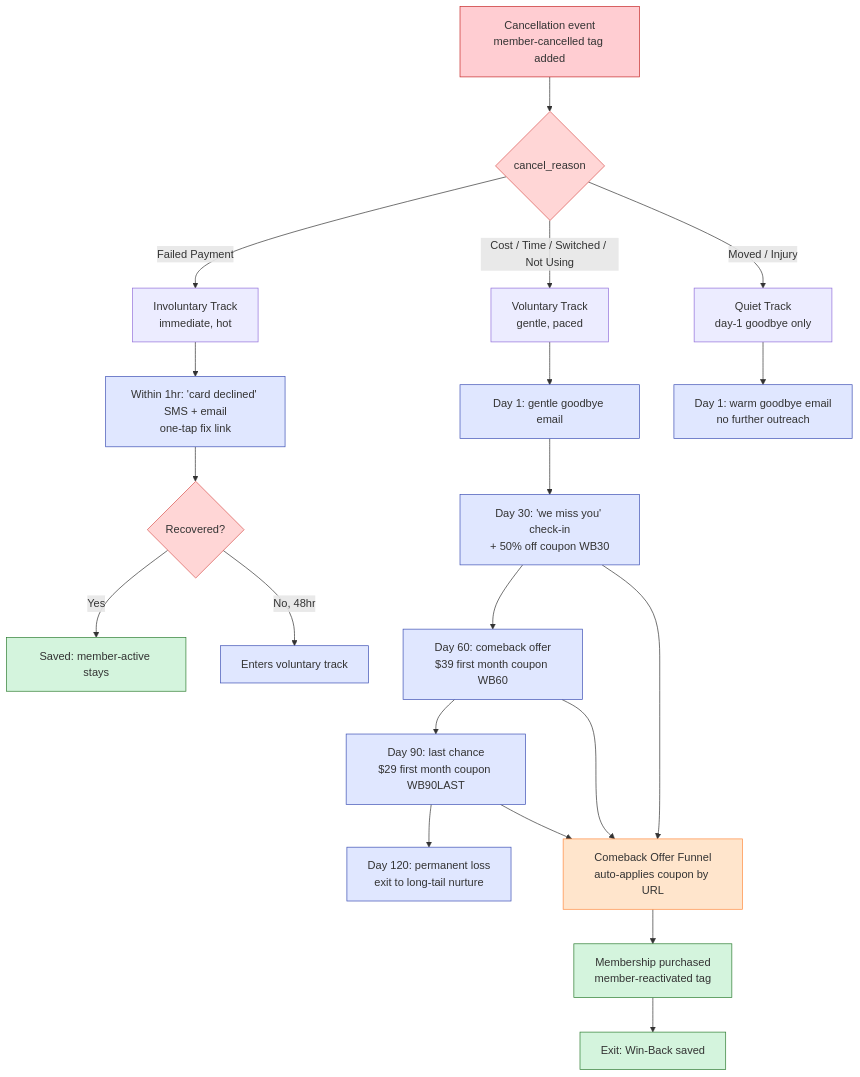
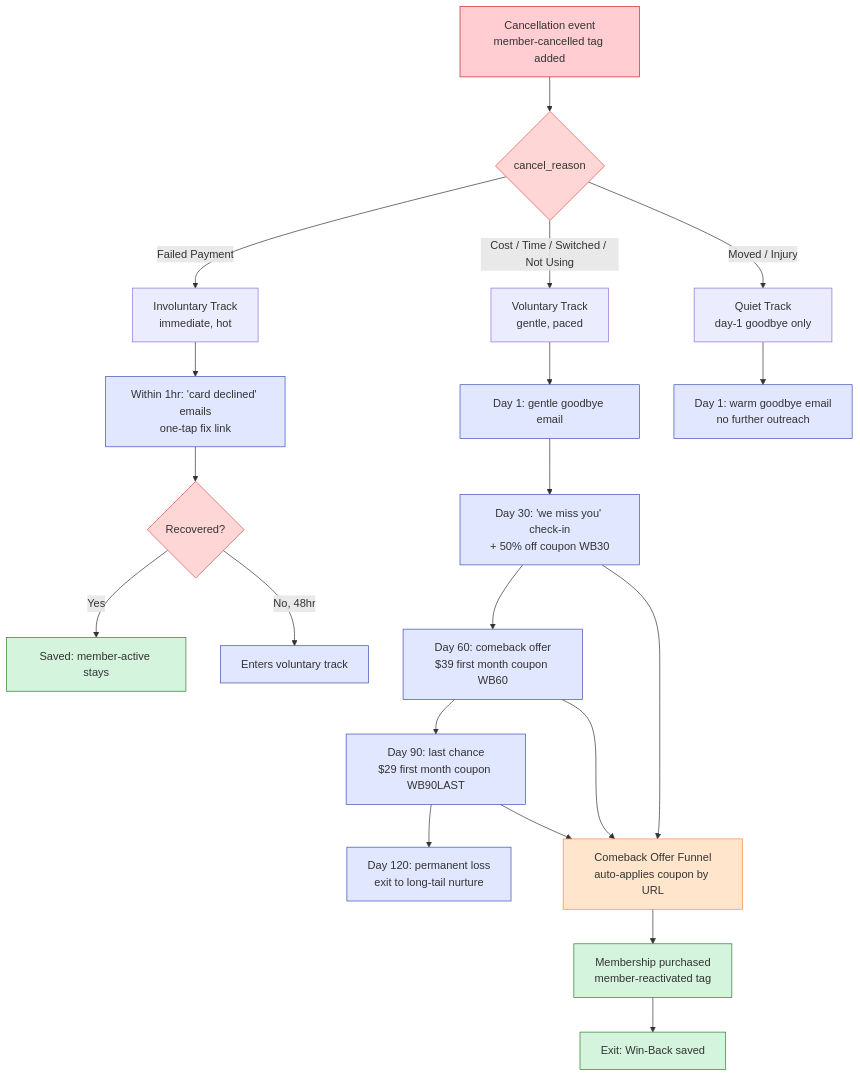
One commit to safeer-maker/GoHighLevel changed the diagram in client-demo/sunrise-wellness-studio/problems/09-win-back-lapsed-members/README.md. Above: the diagram before and after it, drawn with Mermaid. The commit also changed other lines of this file and 50 other files, not shown here.

````diff
--- a/client-demo/sunrise-wellness-studio/problems/09-win-back-lapsed-members/README.md
+++ b/client-demo/sunrise-wellness-studio/problems/09-win-back-lapsed-members/README.md
@@ -39,40 +39,40 @@
 ```mermaid
 graph TD
     Cancel[Cancellation event<br/>member-cancelled tag added] --> Why{cancel_reason}
 
     Why -->|Failed Payment| Inv[Involuntary Track<br/>immediate, hot]
     Why -->|Cost / Time / Switched / Not Using| Vol[Voluntary Track<br/>gentle, paced]
     Why -->|Moved / Injury| Quiet[Quiet Track<br/>day-1 goodbye only]
 
-    Inv --> InvSMS[Within 1hr: 'card declined' SMS + email<br/>one-tap fix link]
+    Inv --> InvSMS[Within 1hr: 'card declined' emails<br/>one-tap fix link]
     InvSMS --> InvRecover{Recovered?}
     InvRecover -->|Yes| InvSave[Saved: member-active stays]
     InvRecover -->|No, 48hr| VolEnter[Enters voluntary track]
 
     Vol --> D1[Day 1: gentle goodbye email]
     D1 --> D30[Day 30: 'we miss you' check-in<br/>+ 50% off coupon WB30]
     D30 --> D60[Day 60: comeback offer<br/>$39 first month coupon WB60]
     D60 --> D90[Day 90: last chance<br/>$29 first month coupon WB90LAST]
     D90 --> Final[Day 120: permanent loss<br/>exit to long-tail nurture]
 
     Quiet --> QD1[Day 1: warm goodbye email<br/>no further outreach]
 
     D30 --> Funnel[Comeback Offer Funnel<br/>auto-applies coupon by URL]
     D60 --> Funnel
     D90 --> Funnel
     Funnel --> Recheckout[Membership purchased<br/>member-reactivated tag]
     Recheckout --> ExitWin[Exit: Win-Back saved]
 
     classDef event fill:#FFCDD2,stroke:#C62828
     classDef branch fill:#FFD6D6,stroke:#D9534F
     classDef action fill:#E0E7FF,stroke:#3F51B5
     classDef offer fill:#FFE5CC,stroke:#FF8C42
     classDef success fill:#D4F4DD,stroke:#2E7D32
 
     class Cancel event
     class Why,InvRecover branch
     class D1,D30,D60,D90,InvSMS,QD1 action
     class Funnel offer
     class InvSave,Recheckout,ExitWin success
     class Final,VolEnter action
 ```
````
